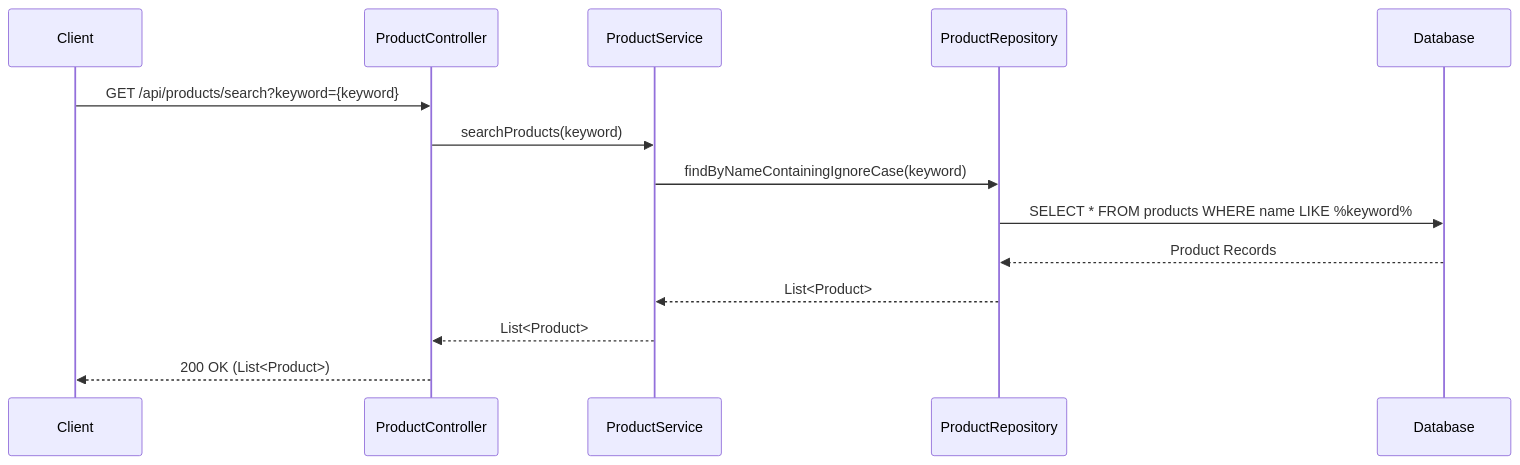
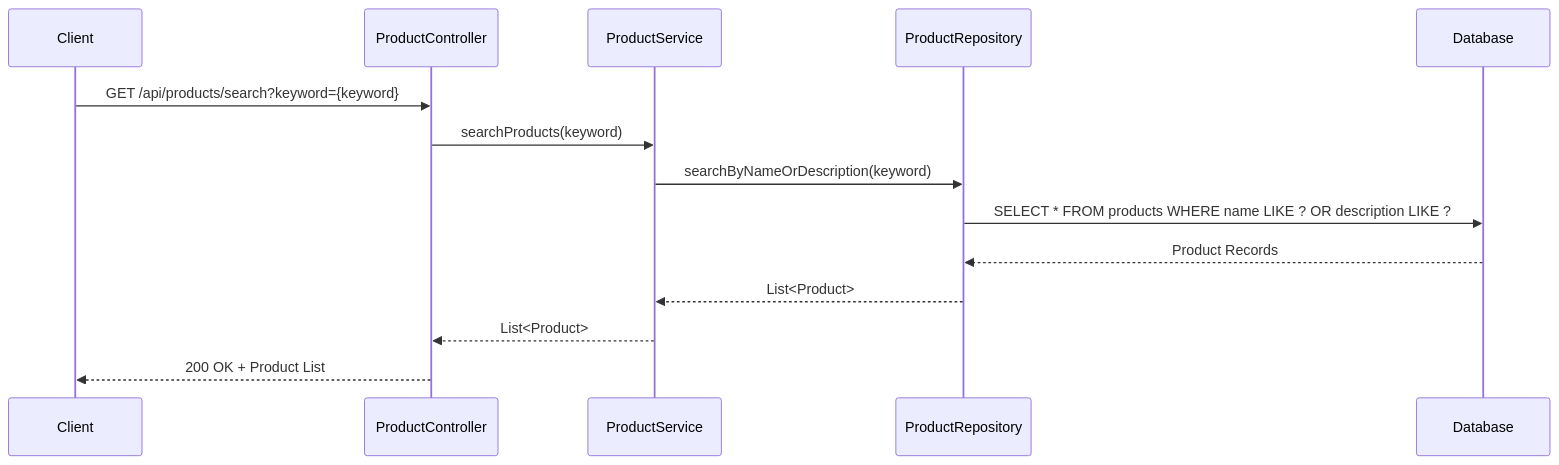
Before and after one commit to NavneetBN47/aava-ecom-demo: the ninth of 13 diagrams in docs/LLD/lld.md, drawn with Mermaid. The commit also changed other lines of this file, not shown here.

````diff
--- a/docs/LLD/lld.md
+++ b/docs/LLD/lld.md
@@ -371,17 +415,17 @@
 ```mermaid
 sequenceDiagram
     participant Client
     participant ProductController
     participant ProductService
     participant ProductRepository
     participant Database
 
     Client->>ProductController: GET /api/products/search?keyword={keyword}
     ProductController->>ProductService: searchProducts(keyword)
-    ProductService->>ProductRepository: findByNameContainingIgnoreCase(keyword)
-    ProductRepository->>Database: SELECT * FROM products WHERE name LIKE %keyword%
+    ProductService->>ProductRepository: searchByNameOrDescription(keyword)
+    ProductRepository->>Database: SELECT * FROM products WHERE name LIKE ? OR description LIKE ?
     Database-->>ProductRepository: Product Records
     ProductRepository-->>ProductService: List<Product>
     ProductService-->>ProductController: List<Product>
-    ProductController-->>Client: 200 OK (List<Product>)
+    ProductController-->>Client: 200 OK + Product List
 ```
````
